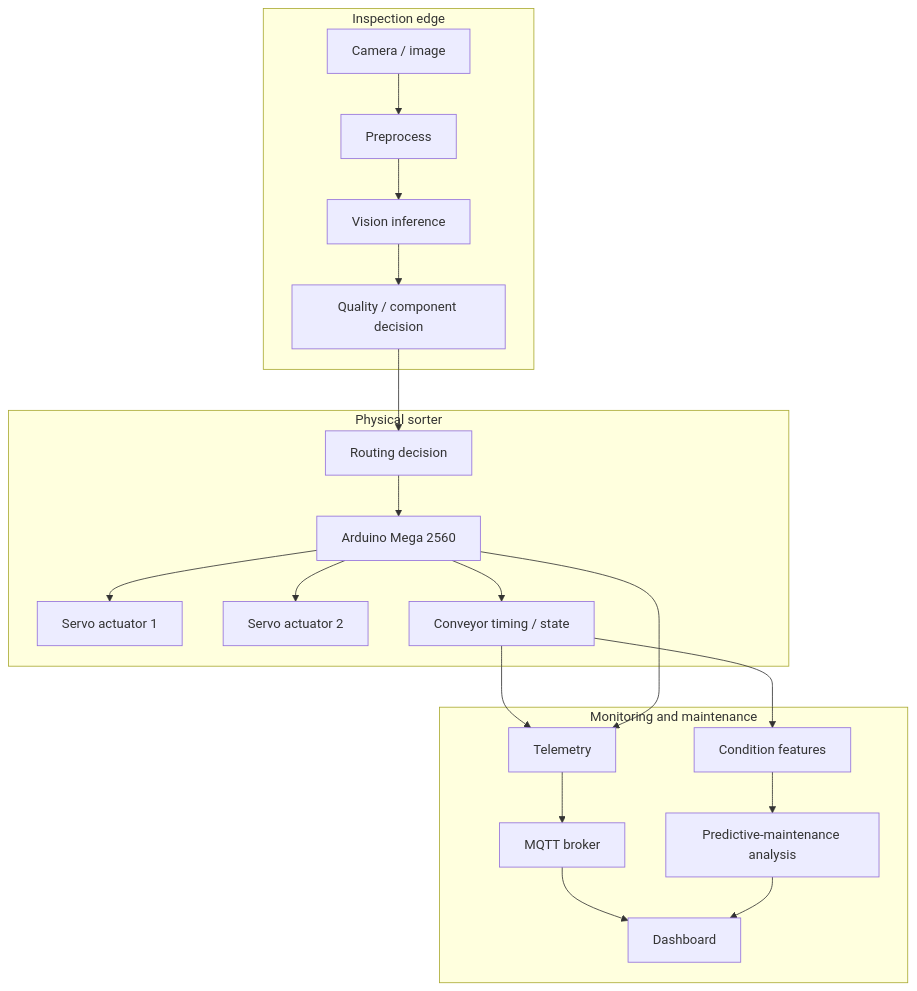
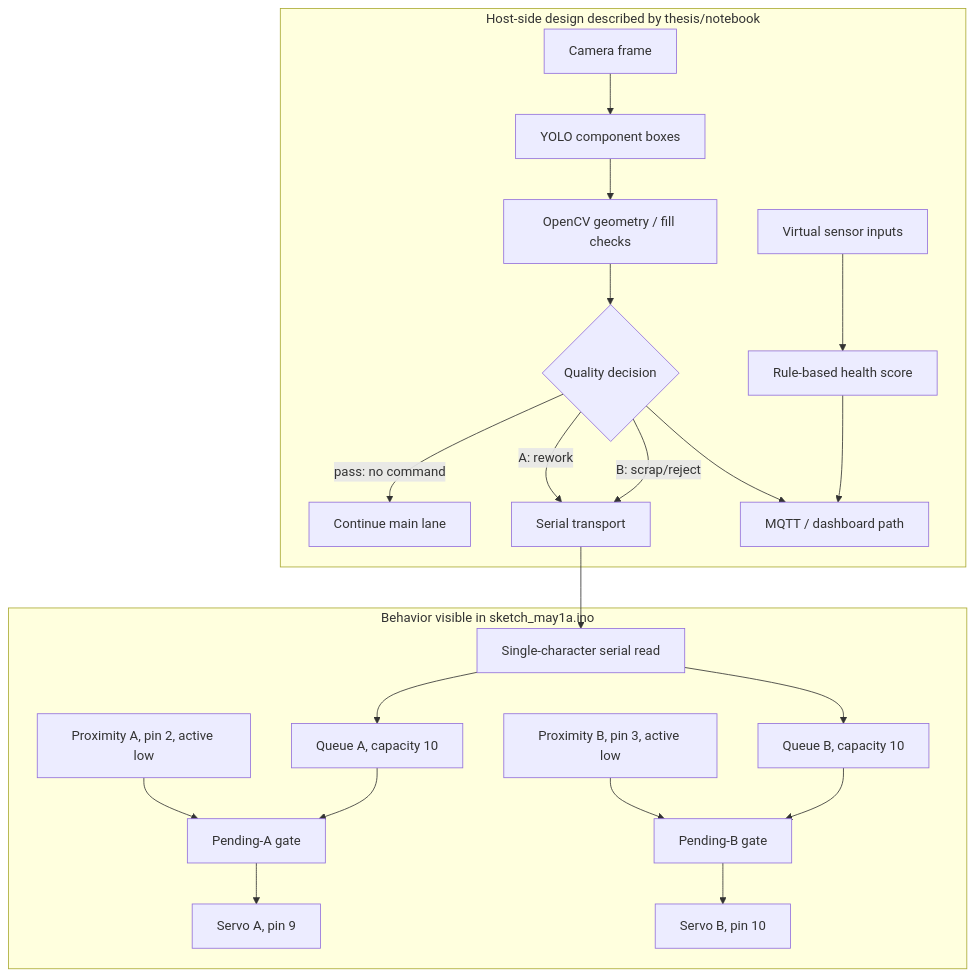
Before and after one commit to DhiaAlhemdani/Advanced-AI-Driven-Industrial-Inspection-and-Sorting-System: the diagram in docs/architecture.md, drawn with Mermaid. The commit also changed other lines of this file and 20 other files, not shown here.

````diff
--- a/docs/architecture.md
+++ b/docs/architecture.md
@@ -9,26 +9,26 @@
 ```mermaid
 flowchart TB
-    subgraph Inspection[Inspection edge]
-        C[Camera / image] --> P[Preprocess]
-        P --> V[Vision inference]
-        V --> Q[Quality / component decision]
+    subgraph Host[Host-side design described by thesis/notebook]
+      C[Camera frame] --> D[YOLO component boxes]
+      D --> O[OpenCV geometry / fill checks]
+      O --> Q{Quality decision}
+      Q -->|pass: no command| PASS[Continue main lane]
+      Q -->|A: rework| U[Serial transport]
+      Q -->|B: scrap/reject| U
+      Q --> OBS[MQTT / dashboard path]
+      SIM[Virtual sensor inputs] --> PM[Rule-based health score]
+      PM --> OBS
     end
 
-    subgraph Sorter[Physical sorter]
-        Q --> X[Routing decision]
-        X --> A[Arduino Mega 2560]
-        A --> S1[Servo actuator 1]
-        A --> S2[Servo actuator 2]
-        A --> CV[Conveyor timing / state]
-    end
-
-    subgraph Operations[Monitoring and maintenance]
-        CV --> T[Telemetry]
-        A --> T
-        T --> M[MQTT broker]
-        M --> D[Dashboard]
-        CV --> F[Condition features]
-        F --> PM[Predictive-maintenance analysis]
-        PM --> D
+    subgraph UploadedSketch[Behavior visible in sketch_may1a.ino]
+      U --> RX[Single-character serial read]
+      RX --> QA[Queue A, capacity 10]
+      RX --> QB[Queue B, capacity 10]
+      PA[Proximity A, pin 2, active low] --> GA[Pending-A gate]
+      PB[Proximity B, pin 3, active low] --> GB[Pending-B gate]
+      QA --> GA
+      QB --> GB
+      GA --> SA[Servo A, pin 9]
+      GB --> SB[Servo B, pin 10]
     end
 ```
````
